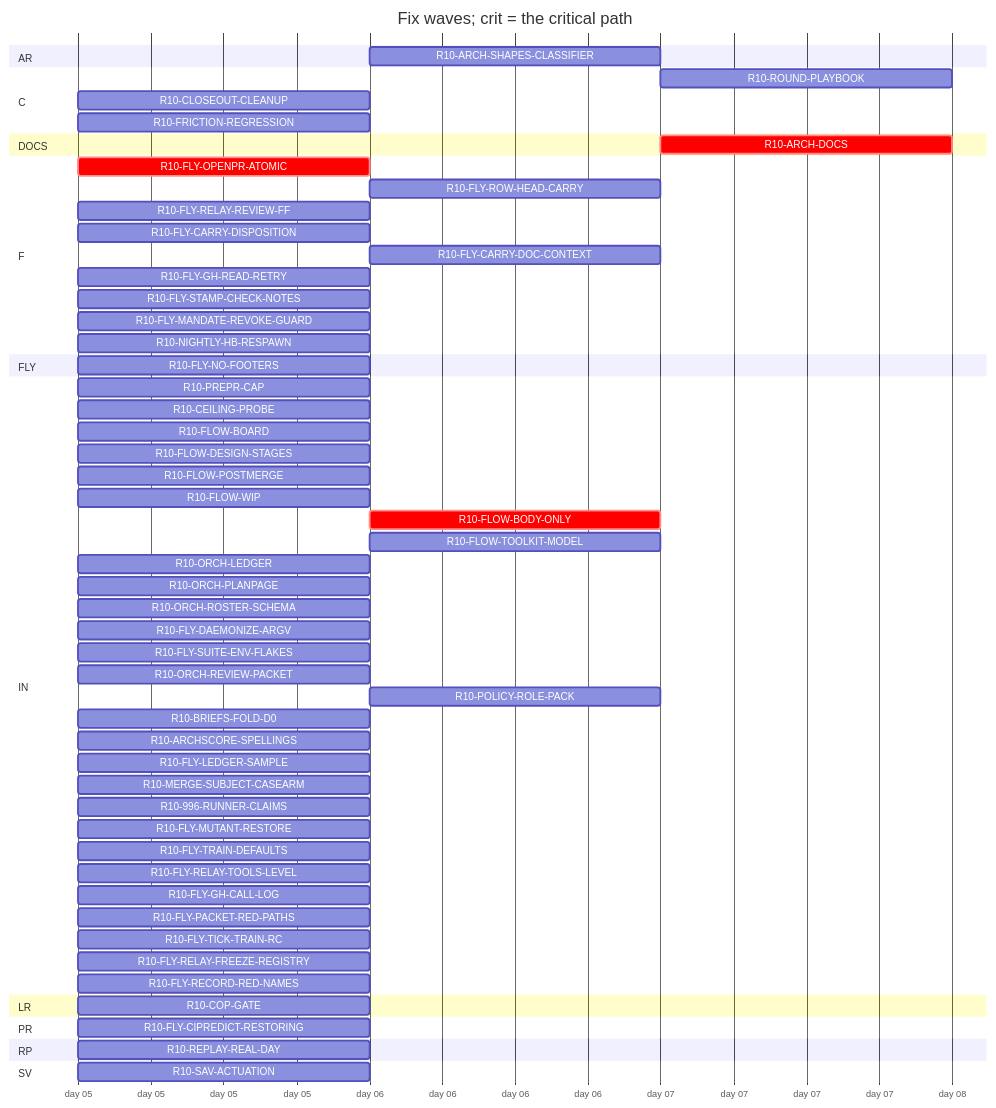
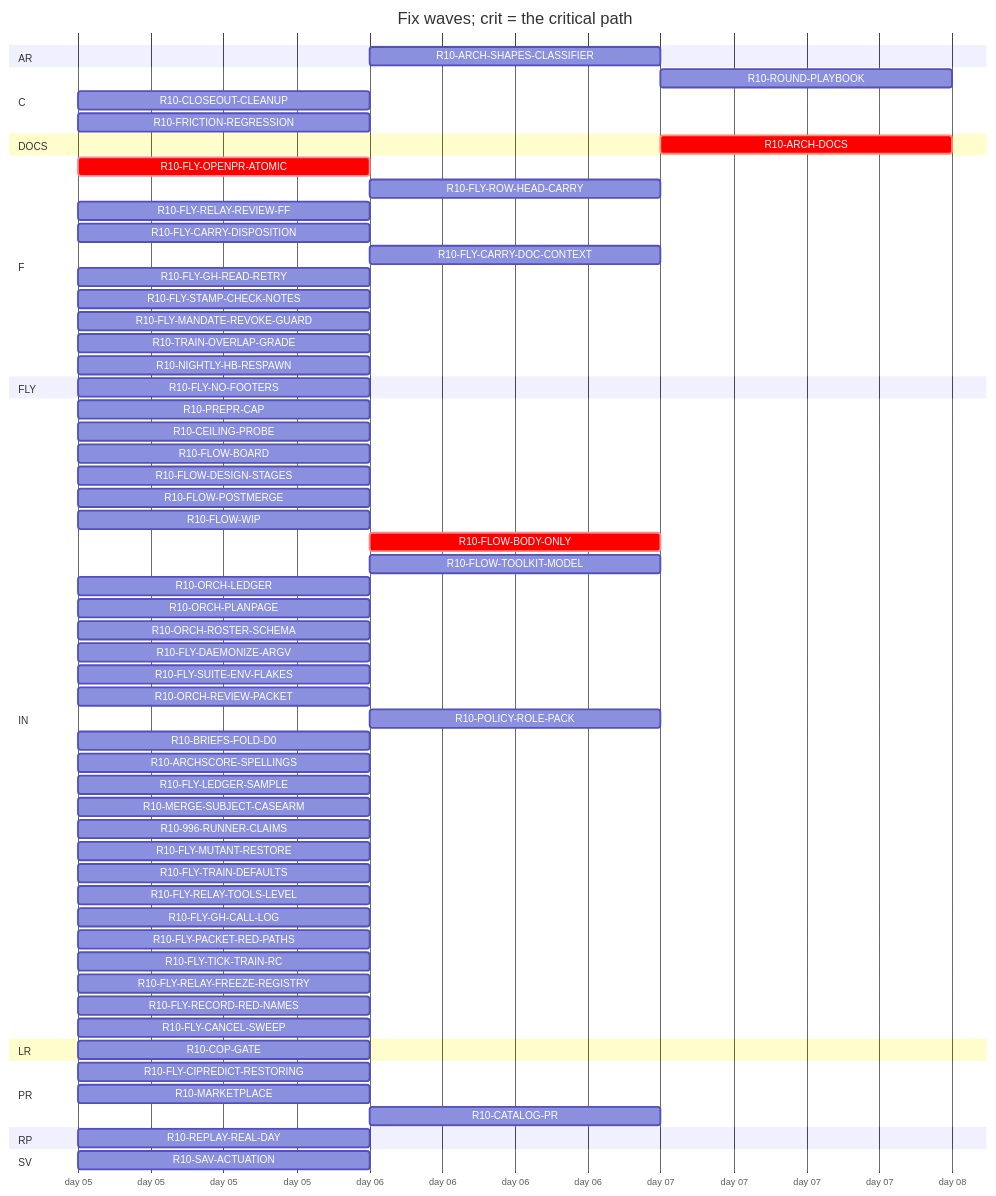
One commit to tvofi/heatpump_optimizer changed the diagram in handoff/round10/state/PLAN-TABLE.md. Above: the diagram before and after it, drawn with Mermaid. The commit also changed other lines of this file and 3 other files, not shown here.

Commit message:
state: FLOW-BOARD.md, NEXT-SESSION-PROMPT.md, PLAN-TABLE.md, RESUME-CURRENT.md regenerated (state_docs.py)

````diff
--- a/handoff/round10/state/PLAN-TABLE.md
+++ b/handoff/round10/state/PLAN-TABLE.md
@@ -23,63 +23,67 @@
 ```mermaid
 gantt
   title Fix waves; crit = the critical path
   dateFormat YYYY-MM-DD
   axisFormat day %d
   section AR
     R10-ARCH-SHAPES-CLASSIFIER :r10ARCHSHAPESCLASSIFIER, after r10996RUNNERCLAIMS, 1d
   section C
     R10-ROUND-PLAYBOOK :r10ROUNDPLAYBOOK, after r10ORCHLEDGER r10ORCHPLANPAGE r10FLYRELAYREVIEWFF r10FLOWBODYONLY, 1d
     R10-CLOSEOUT-CLEANUP :r10CLOSEOUTCLEANUP, 2026-01-05, 1d
     R10-FRICTION-REGRESSION :r10FRICTIONREGRESSION, 2026-01-05, 1d
   section DOCS
-    R10-ARCH-DOCS :crit, r10ARCHDOCS, after r10COPGATE r10CEILINGPROBE r10FLOWBOARD r10FLOWDESIGNSTAGES r10FLOWPOSTMERGE r10FLOWWIP r10FLOWBODYONLY r10FLYOPENPRATOMIC r10FLYROWHEADCARRY r10FLYRELAYREVIEWFF r10FLYCARRYDISPOSITION r10FLYCARRYDOCCONTEXT r10FLOWTOOLKITMODEL r10FLYSTAMPCHECKNOTES r10FLYMANDATEREVOKEGUARD r10NIGHTLYHBRESPAWN r10ORCHLEDGER r10ORCHPLANPAGE r10ORCHROSTERSCHEMA r10FLYDAEMONIZEARGV r10ORCHREVIEWPACKET r10POLICYROLEPACK r10BRIEFSFOLDD0 r10REPLAYREALDAY r10ARCHSCORESPELLINGS r10SAVACTUATION r10FLYLEDGERSAMPLE, 1d
+    R10-ARCH-DOCS :crit, r10ARCHDOCS, after r10COPGATE r10CEILINGPROBE r10FLOWBOARD r10FLOWDESIGNSTAGES r10FLOWPOSTMERGE r10FLOWWIP r10FLOWBODYONLY r10FLYOPENPRATOMIC r10FLYROWHEADCARRY r10FLYRELAYREVIEWFF r10FLYCARRYDISPOSITION r10FLYCARRYDOCCONTEXT r10FLOWTOOLKITMODEL r10FLYSTAMPCHECKNOTES r10FLYMANDATEREVOKEGUARD r10TRAINOVERLAPGRADE r10NIGHTLYHBRESPAWN r10ORCHLEDGER r10ORCHPLANPAGE r10ORCHROSTERSCHEMA r10FLYDAEMONIZEARGV r10ORCHREVIEWPACKET r10POLICYROLEPACK r10BRIEFSFOLDD0 r10REPLAYREALDAY r10ARCHSCORESPELLINGS r10SAVACTUATION r10FLYLEDGERSAMPLE, 1d
   section F
     R10-FLY-OPENPR-ATOMIC :crit, r10FLYOPENPRATOMIC, 2026-01-05, 1d
     R10-FLY-ROW-HEAD-CARRY :r10FLYROWHEADCARRY, after r10FLYOPENPRATOMIC, 1d
     R10-FLY-RELAY-REVIEW-FF :r10FLYRELAYREVIEWFF, 2026-01-05, 1d
     R10-FLY-CARRY-DISPOSITION :r10FLYCARRYDISPOSITION, 2026-01-05, 1d
     R10-FLY-CARRY-DOC-CONTEXT :r10FLYCARRYDOCCONTEXT, after r10FLYGHREADRETRY, 1d
     R10-FLY-GH-READ-RETRY :r10FLYGHREADRETRY, 2026-01-05, 1d
     R10-FLY-STAMP-CHECK-NOTES :r10FLYSTAMPCHECKNOTES, 2026-01-05, 1d
     R10-FLY-MANDATE-REVOKE-GUARD :r10FLYMANDATEREVOKEGUARD, 2026-01-05, 1d
+    R10-TRAIN-OVERLAP-GRADE :r10TRAINOVERLAPGRADE, 2026-01-05, 1d
     R10-NIGHTLY-HB-RESPAWN :r10NIGHTLYHBRESPAWN, 2026-01-05, 1d
   section FLY
     R10-FLY-NO-FOOTERS :r10FLYNOFOOTERS, 2026-01-05, 1d
   section IN
     R10-PREPR-CAP :r10PREPRCAP, 2026-01-05, 1d
     R10-CEILING-PROBE :r10CEILINGPROBE, 2026-01-05, 1d
     R10-FLOW-BOARD :r10FLOWBOARD, 2026-01-05, 1d
     R10-FLOW-DESIGN-STAGES :r10FLOWDESIGNSTAGES, 2026-01-05, 1d
     R10-FLOW-POSTMERGE :r10FLOWPOSTMERGE, 2026-01-05, 1d
     R10-FLOW-WIP :r10FLOWWIP, 2026-01-05, 1d
     R10-FLOW-BODY-ONLY :crit, r10FLOWBODYONLY, after r10FLYOPENPRATOMIC, 1d
     R10-FLOW-TOOLKIT-MODEL :r10FLOWTOOLKITMODEL, after r10ORCHPLANPAGE, 1d
     R10-ORCH-LEDGER :r10ORCHLEDGER, 2026-01-05, 1d
     R10-ORCH-PLANPAGE :r10ORCHPLANPAGE, 2026-01-05, 1d
     R10-ORCH-ROSTER-SCHEMA :r10ORCHROSTERSCHEMA, 2026-01-05, 1d
     R10-FLY-DAEMONIZE-ARGV :r10FLYDAEMONIZEARGV, 2026-01-05, 1d
     R10-FLY-SUITE-ENV-FLAKES :r10FLYSUITEENVFLAKES, 2026-01-05, 1d
     R10-ORCH-REVIEW-PACKET :r10ORCHREVIEWPACKET, 2026-01-05, 1d
     R10-POLICY-ROLE-PACK :r10POLICYROLEPACK, after r10FLOWDESIGNSTAGES, 1d
     R10-BRIEFS-FOLD-D0 :r10BRIEFSFOLDD0, 2026-01-05, 1d
     R10-ARCHSCORE-SPELLINGS :r10ARCHSCORESPELLINGS, 2026-01-05, 1d
     R10-FLY-LEDGER-SAMPLE :r10FLYLEDGERSAMPLE, 2026-01-05, 1d
     R10-MERGE-SUBJECT-CASEARM :r10MERGESUBJECTCASEARM, 2026-01-05, 1d
     R10-996-RUNNER-CLAIMS :r10996RUNNERCLAIMS, 2026-01-05, 1d
     R10-FLY-MUTANT-RESTORE :r10FLYMUTANTRESTORE, 2026-01-05, 1d
     R10-FLY-TRAIN-DEFAULTS :r10FLYTRAINDEFAULTS, 2026-01-05, 1d
     R10-FLY-RELAY-TOOLS-LEVEL :r10FLYRELAYTOOLSLEVEL, 2026-01-05, 1d
     R10-FLY-GH-CALL-LOG :r10FLYGHCALLLOG, 2026-01-05, 1d
     R10-FLY-PACKET-RED-PATHS :r10FLYPACKETREDPATHS, 2026-01-05, 1d
     R10-FLY-TICK-TRAIN-RC :r10FLYTICKTRAINRC, 2026-01-05, 1d
     R10-FLY-RELAY-FREEZE-REGISTRY :r10FLYRELAYFREEZEREGISTRY, 2026-01-05, 1d
     R10-FLY-RECORD-RED-NAMES :r10FLYRECORDREDNAMES, 2026-01-05, 1d
+    R10-FLY-CANCEL-SWEEP :r10FLYCANCELSWEEP, 2026-01-05, 1d
   section LR
     R10-COP-GATE :r10COPGATE, 2026-01-05, 1d
   section PR
     R10-FLY-CIPREDICT-RESTORING :r10FLYCIPREDICTRESTORING, 2026-01-05, 1d
+    R10-MARKETPLACE :r10MARKETPLACE, 2026-01-05, 1d
+    R10-CATALOG-PR :r10CATALOGPR, after r10MARKETPLACE, 1d
   section RP
     R10-REPLAY-REAL-DAY :r10REPLAYREALDAY, 2026-01-05, 1d
   section SV
     R10-SAV-ACTUATION :r10SAVACTUATION, 2026-01-05, 1d
 ```
````
